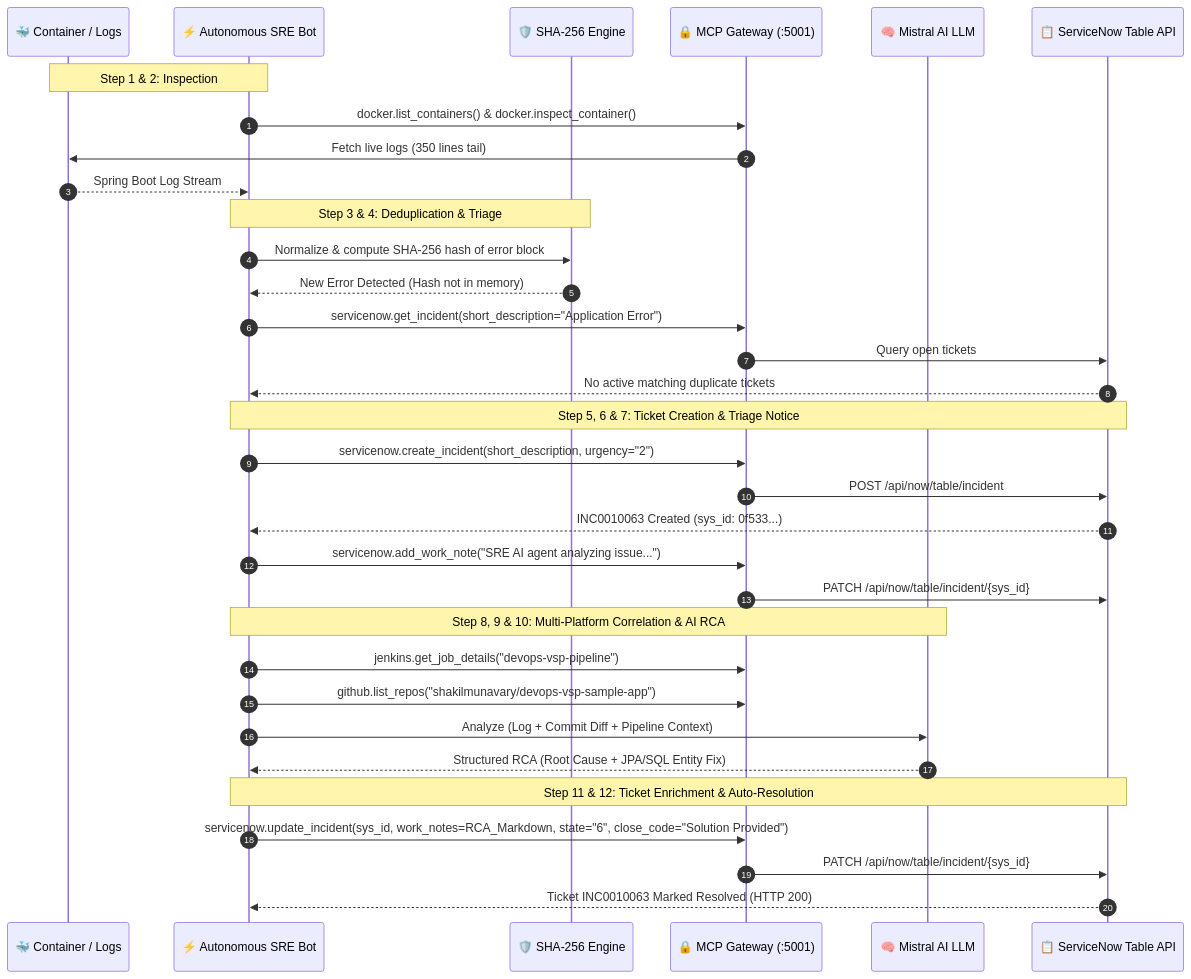
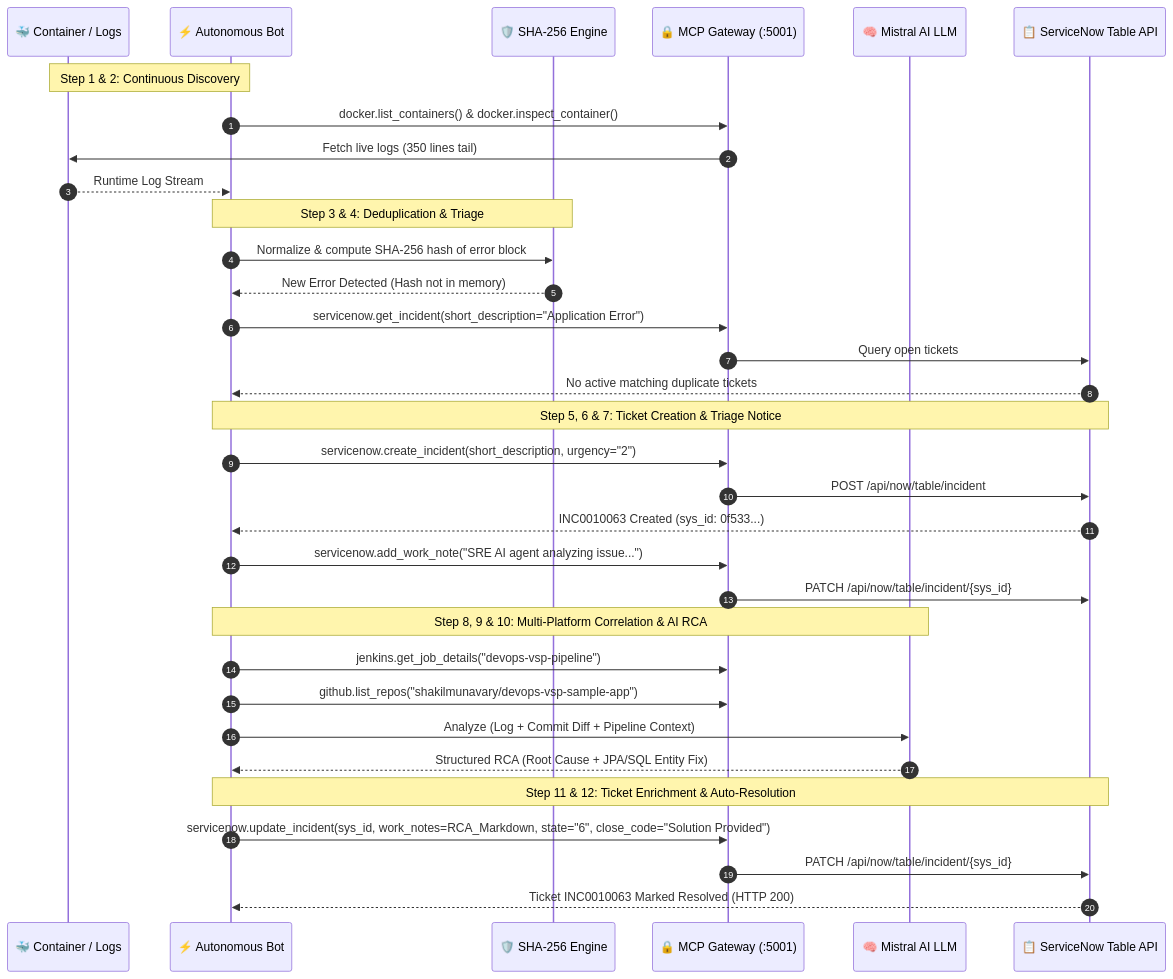
One commit to shakilmunavary/ai-mcp-builder changed the third of 3 diagrams in README.md. Above: the diagram before and after it, drawn with Mermaid. The commit also changed other lines of this file, not shown here.

````diff
--- a/README.md
+++ b/README.md
@@ -123,40 +186,40 @@
 ```mermaid
 sequenceDiagram
     autonumber
     participant App as 🐳 Container / Logs
-    participant Bot as ⚡ Autonomous SRE Bot
+    participant Bot as ⚡ Autonomous Bot
     participant Dedup as 🛡️ SHA-256 Engine
     participant Gateway as 🔒 MCP Gateway (:5001)
     participant Mistral as 🧠 Mistral AI LLM
     participant SNOW as 📋 ServiceNow Table API
 
-    Note over Bot,App: Step 1 & 2: Inspection
+    Note over Bot,App: Step 1 & 2: Continuous Discovery
     Bot->>Gateway: docker.list_containers() & docker.inspect_container()
     Gateway->>App: Fetch live logs (350 lines tail)
-    App-->>Bot: Spring Boot Log Stream
+    App-->>Bot: Runtime Log Stream
 
     Note over Bot,Dedup: Step 3 & 4: Deduplication & Triage
     Bot->>Dedup: Normalize & compute SHA-256 hash of error block
     Dedup-->>Bot: New Error Detected (Hash not in memory)
     Bot->>Gateway: servicenow.get_incident(short_description="Application Error")
     Gateway->>SNOW: Query open tickets
     SNOW-->>Bot: No active matching duplicate tickets
 
     Note over Bot,SNOW: Step 5, 6 & 7: Ticket Creation & Triage Notice
     Bot->>Gateway: servicenow.create_incident(short_description, urgency="2")
     Gateway->>SNOW: POST /api/now/table/incident
     SNOW-->>Bot: INC0010063 Created (sys_id: 0f533...)
     Bot->>Gateway: servicenow.add_work_note("SRE AI agent analyzing issue...")
     Gateway->>SNOW: PATCH /api/now/table/incident/{sys_id}
 
     Note over Bot,Mistral: Step 8, 9 & 10: Multi-Platform Correlation & AI RCA
     Bot->>Gateway: jenkins.get_job_details("devops-vsp-pipeline")
     Bot->>Gateway: github.list_repos("shakilmunavary/devops-vsp-sample-app")
     Bot->>Mistral: Analyze (Log + Commit Diff + Pipeline Context)
     Mistral-->>Bot: Structured RCA (Root Cause + JPA/SQL Entity Fix)
 
     Note over Bot,SNOW: Step 11 & 12: Ticket Enrichment & Auto-Resolution
     Bot->>Gateway: servicenow.update_incident(sys_id, work_notes=RCA_Markdown, state="6", close_code="Solution Provided")
     Gateway->>SNOW: PATCH /api/now/table/incident/{sys_id}
     SNOW-->>Bot: Ticket INC0010063 Marked Resolved (HTTP 200)
 ```
````
